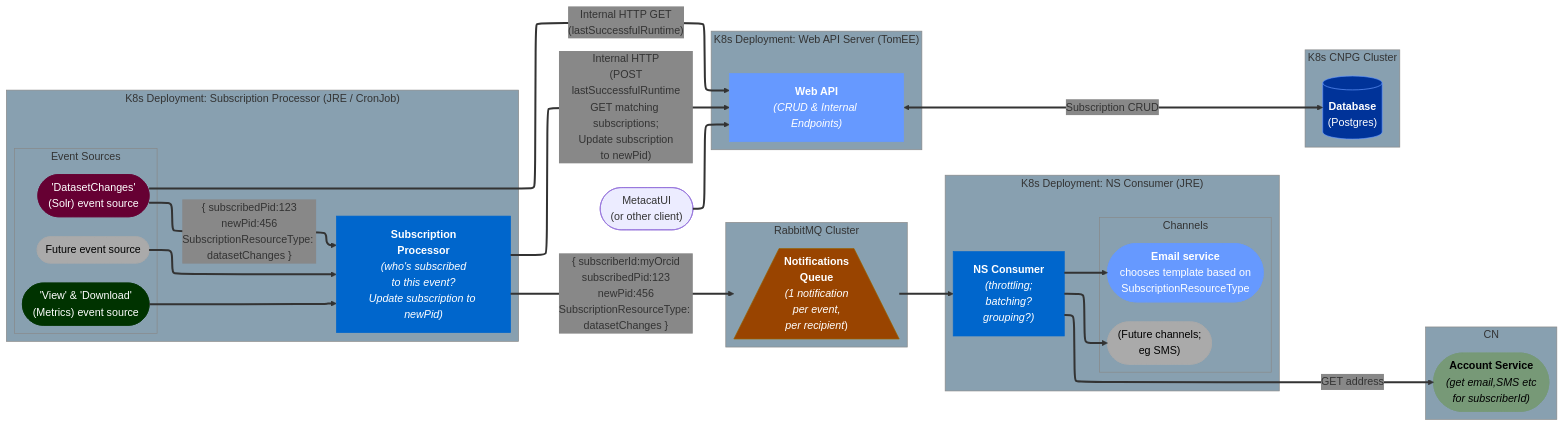
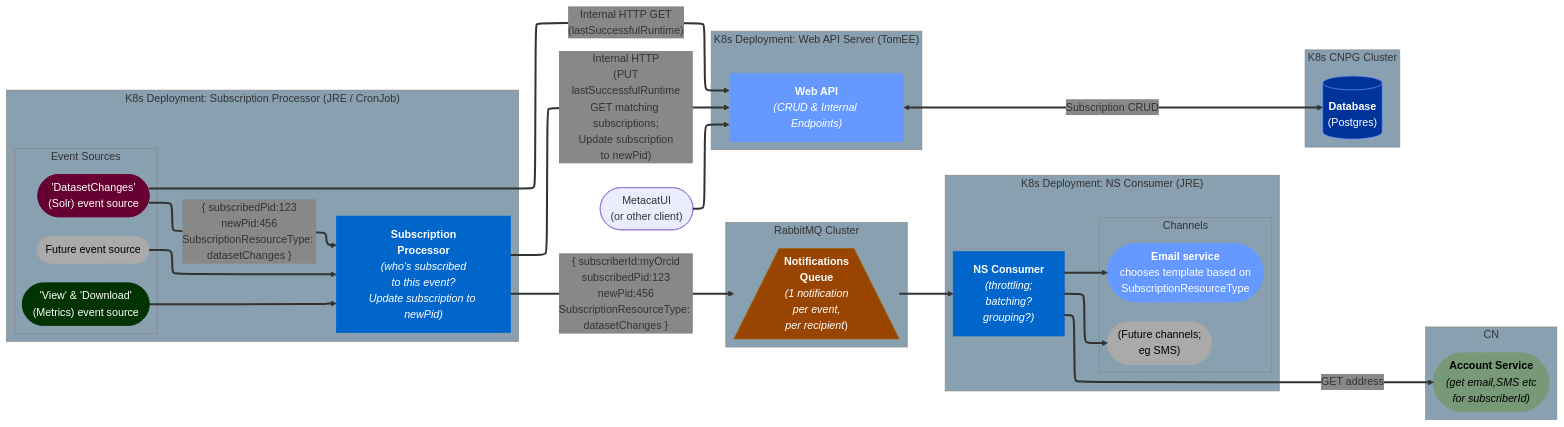
The diagram in docs/architecture.mmd (DataONEorg/notification-service), drawn with Mermaid before and after one commit. The commit also changed 10 other files, not shown here.

```diff
--- a/docs/architecture.mmd
+++ b/docs/architecture.mmd
@@ -1,67 +1,67 @@
 ---
 config:
   layout: "elk"
   themeVariables:
     clusterBorder: "#888888"
     clusterBkg: "#88a0b0"
     edgeLabelBackground: "#888888"
 ---
 flowchart LR
         subgraph RabbitMQ Cluster
             Q["<b>Notifications<br/>Queue</b><br/><em>(1 notification<br/>per event,<br/>per recipient</em>)"]@{ shape: trapezoid-bottom }
         end
 
         subgraph "CN"
             account-svc(["<b>Account Service</b><br/><em>(get email,SMS etc<br/>for subscriberId)</em>"])
         end
 
         subgraph K8s CNPG Cluster
             DB["<b>Database</b><br/>(Postgres)"]@{ shape: cylinder }
         end
 
         subgraph "K8s Deployment: Web API Server (TomEE)"
             web-api["<b>Web API</b><br/><em>(CRUD & Internal Endpoints)</em>"]
         end
 
         subgraph "K8s Deployment: Subscription Processor (JRE / CronJob)"
             subgraph "Event Sources"
                 ds-src(["'DatasetChanges'<br/>(Solr) event source"])
                 mtrx-src(["'View' & 'Download'<br/>(Metrics) event source"])
                 fut-src(["Future event source"])
             end
             subs-proc["<b>Subscription<br/>Processor</b><br/><em>(who's subscribed<br/>to this event?<br/>Update subscription to newPid)</em>"]
         end
 
         subgraph "K8s Deployment: NS Consumer (JRE)"
             consumer["<b>NS Consumer</b><br/><em>(throttling;<br/>batching?<br/>grouping?)</em>"]
             subgraph Channels
                 email-svc(["<b>Email service</b><br/>chooses template based on<br/>SubscriptionResourceType"])
                 fut-channel(["(Future channels;<br/>eg SMS)"])
             end
         end
 
         metacatui(["MetacatUI<br/>(or other client)"]) --> web-api
         subs-proc -- "{ subscriberId:myOrcid<br/>subscribedPid:123<br/>newPid:456<br/>SubscriptionResourceType: datasetChanges }" --> Q
         consumer -- "GET address" --> account-svc
         Q --> consumer
         consumer --> fut-channel
         consumer --> email-svc
         ds-src -- "{ subscribedPid:123<br/>newPid:456<br/>SubscriptionResourceType: datasetChanges }" --> subs-proc
         mtrx-src --> subs-proc
         fut-src --> subs-proc
         ds-src -- "Internal HTTP GET<br/>(lastSuccessfulRuntime)" --> web-api
-        subs-proc -- "Internal HTTP<br/>(POST<br/>lastSuccessfulRuntime<br/>GET matching subscriptions;<br/>Update subscription<br/>to newPid)" --> web-api
+        subs-proc -- "Internal HTTP<br/>(PUT<br/>lastSuccessfulRuntime<br/>GET matching subscriptions;<br/>Update subscription<br/>to newPid)" --> web-api
         web-api <-- Subscription CRUD --> DB
 
     linkStyle default stroke-width:3px,color:#000000,font-style:italic
     style ds-src color:#FFFFFF, stroke:#660033, fill:#660033
     style mtrx-src color:#FFFFFF, stroke:#003300, fill:#003300
     style subs-proc color:#FFFFFF, stroke:#0066CC, fill:#0066CC
     style Q color:#FFFFFF, stroke:#996600, fill:#994400
     style consumer color:#FFFFFF, stroke:#0066CC, fill:#0066CC
     style email-svc color:#FFFFFF, stroke:#6699FF, fill:#6699FF
     style web-api color:#FFFFFF, stroke:#6699FF, fill:#6699FF
     style fut-channel color:#000000, stroke:#aaaaaa, fill:#aaaaaa
     style fut-src color:#000000, stroke:#aaaaaa, fill:#aaaaaa
     style DB color:#FFFFFF, stroke:#6699FF, fill:#003399
     style account-svc color:#000000, stroke:#779977, fill:#779977
```
